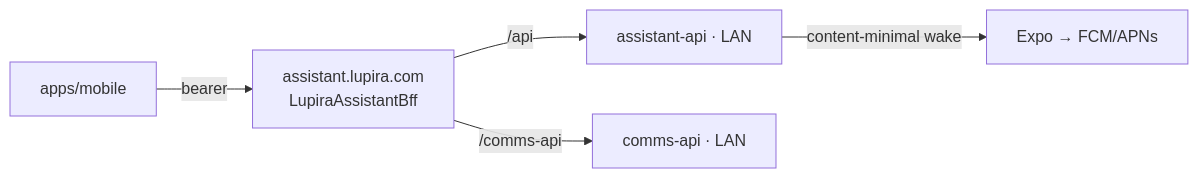
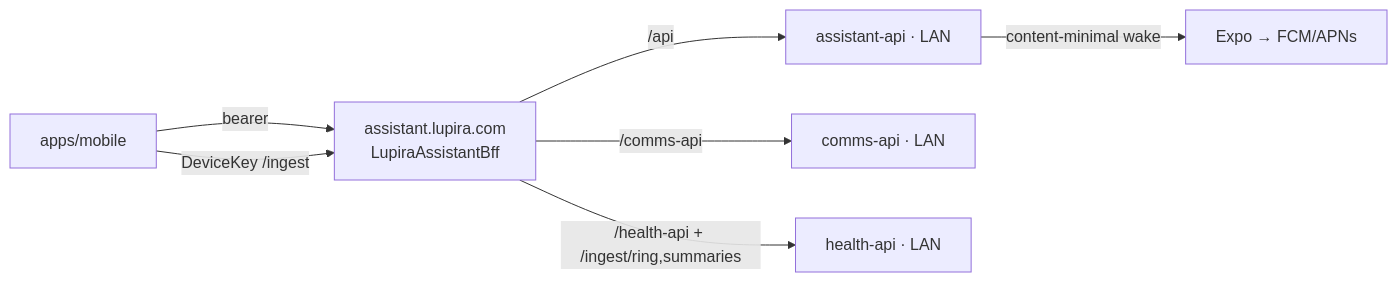
Before and after one commit to danbro96/LupiraAssistant: the first of 2 diagrams in docs/app-backbone.md, drawn with Mermaid. The commit also changed other lines of this file and 41 other files, not shown here.

Commit message:
Health stays: restore the health clients, ring/summaries scaffolding, DeviceKey ingest plumbing, health scope and BFF health-api routes; the BFF drops only the location-api cluster and /ingest/location routes

````diff
--- a/docs/app-backbone.md
+++ b/docs/app-backbone.md
@@ -25,7 +25,9 @@
 ```mermaid
 flowchart LR
   APP[apps/mobile] -->|bearer| BFF[assistant.lupira.com<br/>LupiraAssistantBff]
   BFF -->|/api| HUB[assistant-api · LAN]
   BFF -->|/comms-api| COMMS[comms-api · LAN]
+  APP -->|DeviceKey /ingest| BFF
+  BFF -->|/health-api + /ingest/ring,summaries| HEALTH[health-api · LAN]
   HUB -->|content-minimal wake| EXPO[Expo → FCM/APNs]
 ```
````
